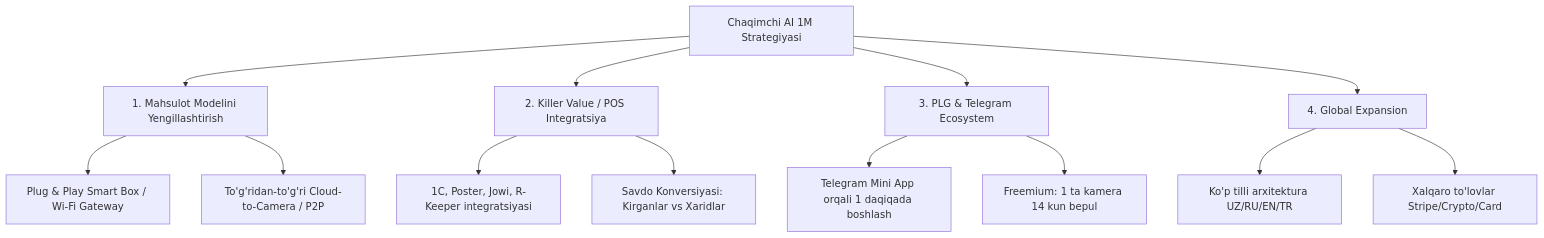
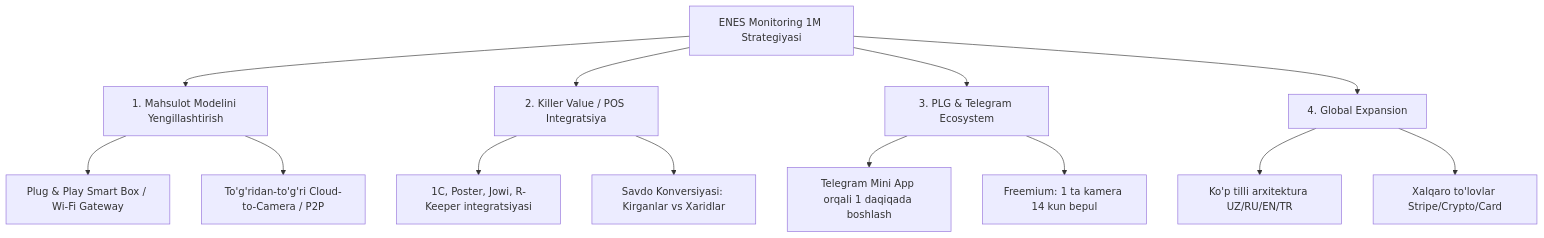
The first of 2 diagrams in STRATEGIK_AUDIT_VA_REJA.md (techjadid2-debug/chaqimchi-ai), drawn with Mermaid before and after one commit. The commit also changed other lines of this file and 175 other files, not shown here.

````diff
--- a/STRATEGIK_AUDIT_VA_REJA.md
+++ b/STRATEGIK_AUDIT_VA_REJA.md
@@ -35,19 +35,19 @@
 ```mermaid
 graph TD
-    A[Chaqimchi AI 1M Strategiyasi] --> B[1. Mahsulot Modelini Yengillashtirish]
+    A[ENES Monitoring 1M Strategiyasi] --> B[1. Mahsulot Modelini Yengillashtirish]
     A --> C[2. Killer Value / POS Integratsiya]
     A --> D[3. PLG & Telegram Ecosystem]
     A --> E[4. Global Expansion]
 
     B --> B1[Plug & Play Smart Box / Wi-Fi Gateway]
     B --> B2[To'g'ridan-to'g'ri Cloud-to-Camera / P2P]
     
     C --> C1[1C, Poster, Jowi, R-Keeper integratsiyasi]
     C --> C2[Savdo Konversiyasi: Kirganlar vs Xaridlar]
     
     D --> D1[Telegram Mini App orqali 1 daqiqada boshlash]
     D --> D2[Freemium: 1 ta kamera 14 kun bepul]
     
     E --> E1[Ko'p tilli arxitektura UZ/RU/EN/TR]
     E --> E2[Xalqaro to'lovlar Stripe/Crypto/Card]
 ```
````
